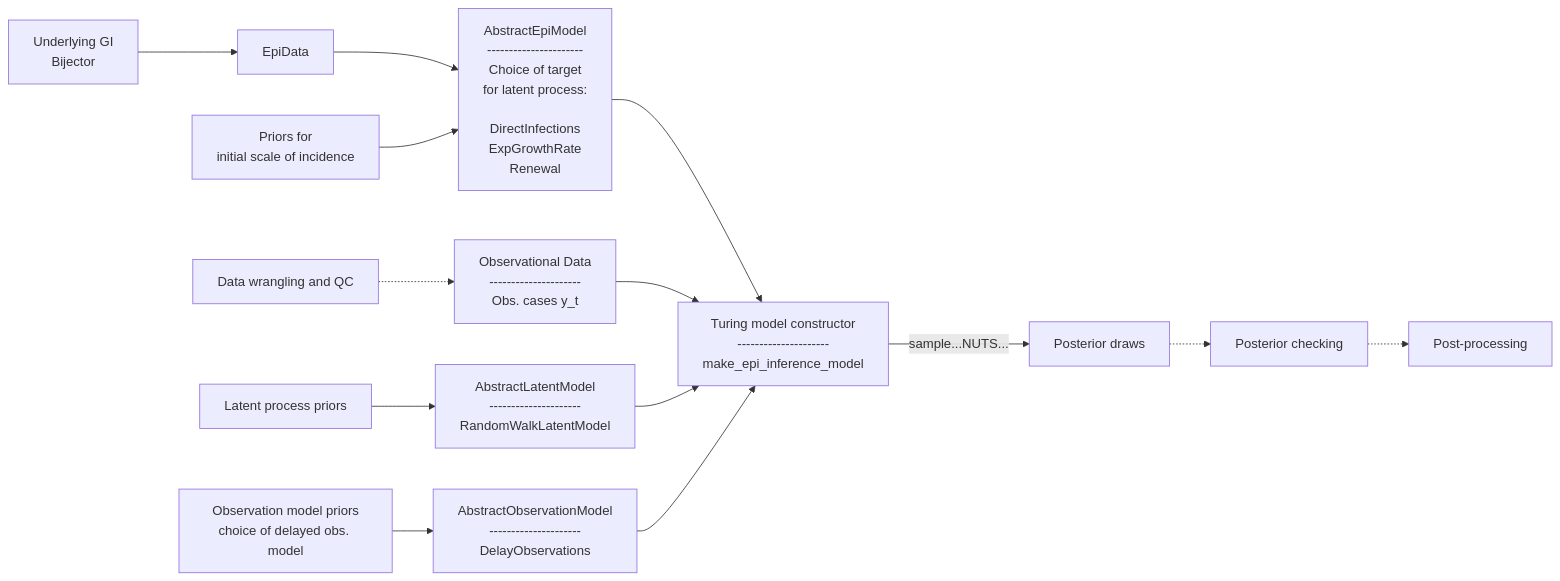
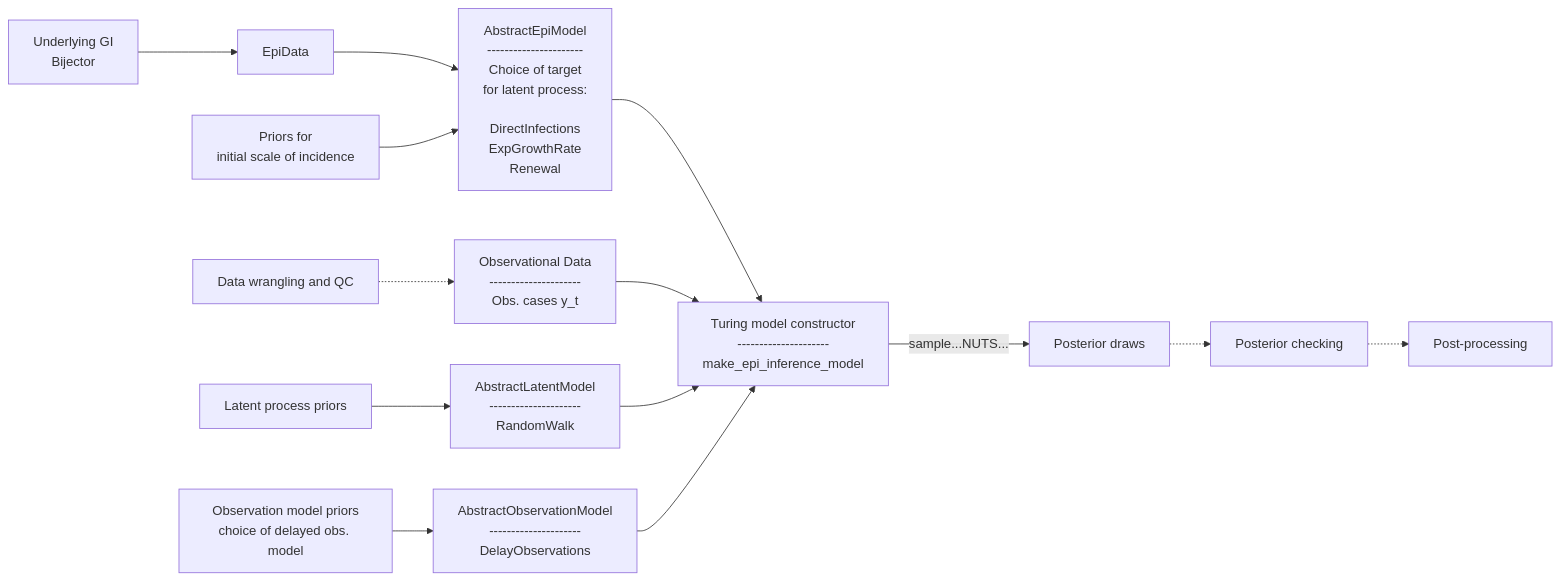
The diagram in EpiAware/README.md (CDCgov/Rt-without-renewal), drawn with Mermaid before and after one commit. The commit also changed 3 other files, not shown here.

Commit message:
rename latent model usage to be in line with obs and epi models

````diff
--- a/EpiAware/README.md
+++ b/EpiAware/README.md
@@ -13,64 +13,64 @@
 ```mermaid
 flowchart LR
 
 A["Underlying GI
 Bijector"]
 
 EpiModel["AbstractEpiModel
 ----------------------
 Choice of target
 for latent process:
 
 DirectInfections
     ExpGrowthRate
     Renewal"]
 
 InitModel["Priors for
 initial scale of incidence"]
 
 DataW[Data wrangling and QC]
 
 
 ObsData["Observational Data
 ---------------------
 Obs. cases y_t"]
 
 LatentProcPriors["Latent process priors"]
 
 LatentProc["AbstractLatentModel
 ---------------------
-RandomWalkLatentModel"]
+RandomWalk"]
 
 ObsModelPriors["Observation model priors
 choice of delayed obs. model"]
 
 ObsModel["AbstractObservationModel
 ---------------------
 DelayObservations"]
 
 E["Turing model constructor
 ---------------------
 make_epi_inference_model"]
 
 G[Posterior draws]
 H[Posterior checking]
 I[Post-processing]
 
 
 
 A --> EpiData
 EpiData --> EpiModel
 InitModel --> EpiModel
 EpiModel -->E
 ObsData-->E
 DataW-.->ObsData
 LatentProcPriors-->LatentProc
 LatentProc-->E
 ObsModelPriors-->ObsModel
 ObsModel-->E
 
 
 E-->|sample...NUTS...| G
 G-.->H
 H-.->I
 ```
````
